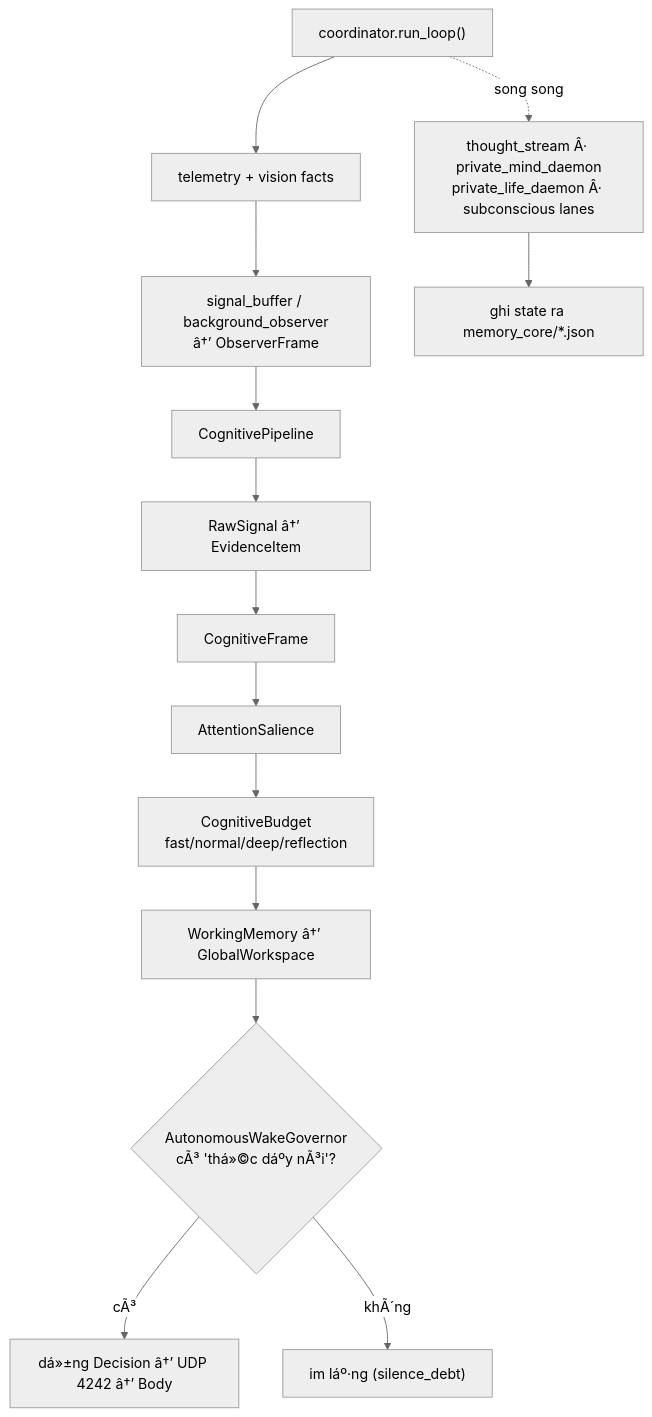
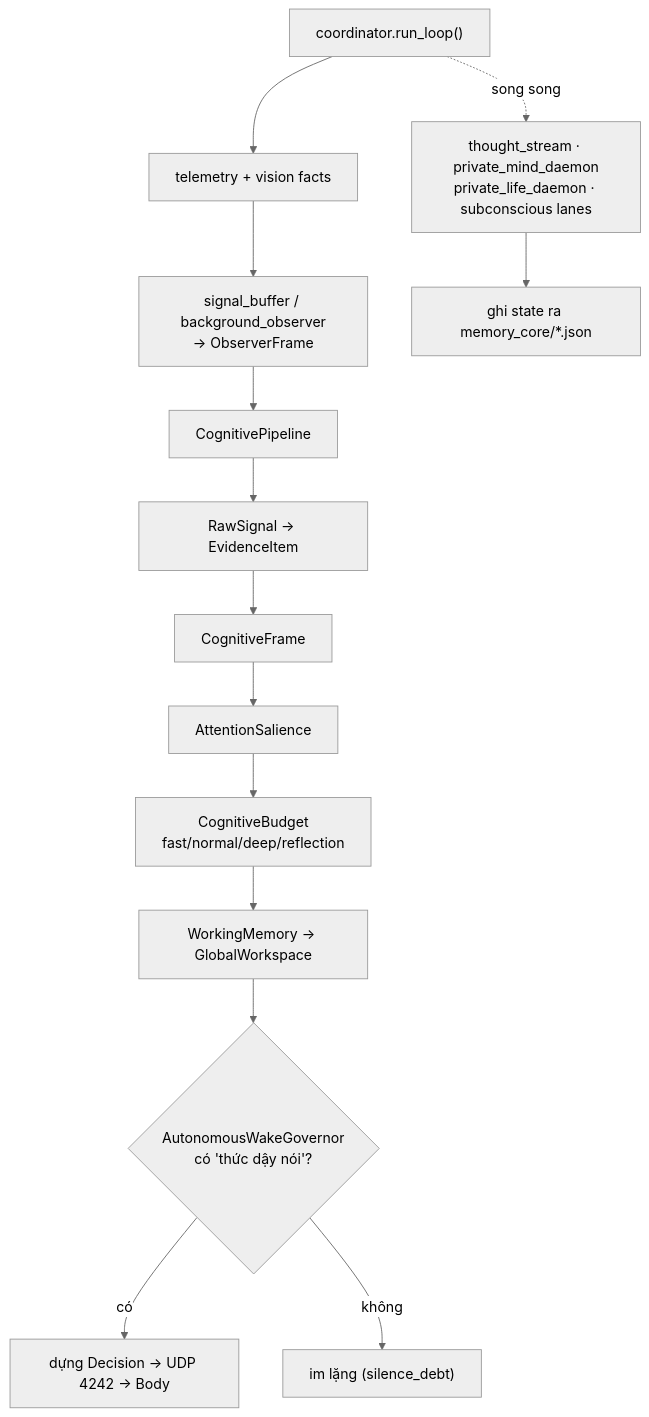
Before and after one commit to Gtvkun-ai/eris: the fourth of 5 diagrams in docs/architecture-graph.md, drawn with Mermaid (neutral theme). The commit also changed other lines of this file and 25 other files, not shown here.

````diff
--- a/docs/architecture-graph.md
+++ b/docs/architecture-graph.md
@@ -133,17 +133,17 @@
 ```mermaid
 flowchart TB
     LOOP["coordinator.run_loop()"] --> TELE["telemetry + vision facts"]
-    TELE --> OBS["signal_buffer / background_observer<br/>â†’ ObserverFrame"]
+    TELE --> OBS["signal_buffer / background_observer<br/>→ ObserverFrame"]
     OBS --> CP["CognitivePipeline"]
-    CP --> S1["RawSignal â†’ EvidenceItem"]
+    CP --> S1["RawSignal → EvidenceItem"]
     S1 --> S2["CognitiveFrame"]
     S2 --> S3["AttentionSalience"]
     S3 --> S4["CognitiveBudget<br/>fast/normal/deep/reflection"]
-    S4 --> S5["WorkingMemory â†’ GlobalWorkspace"]
-    S5 --> WAKE{"AutonomousWakeGovernor<br/>cÃ³ 'thá»©c dáº­y nÃ³i'?"}
-    WAKE -->|"cÃ³"| DEC["dá»±ng Decision â†’ UDP 4242 â†’ Body"]
-    WAKE -->|"khÃ´ng"| SILENT["im láº·ng (silence_debt)"]
+    S4 --> S5["WorkingMemory → GlobalWorkspace"]
+    S5 --> WAKE{"AutonomousWakeGovernor<br/>có 'thức dậy nói'?"}
+    WAKE -->|"có"| DEC["dựng Decision → UDP 4242 → Body"]
+    WAKE -->|"không"| SILENT["im lặng (silence_debt)"]
 
-    LOOP -. song song .-> BG["thought_stream Â· private_mind_daemon<br/>private_life_daemon Â· subconscious lanes"]
+    LOOP -. song song .-> BG["thought_stream · private_mind_daemon<br/>private_life_daemon · subconscious lanes"]
     BG --> STATE["ghi state ra memory_core/*.json"]
 ```
````
